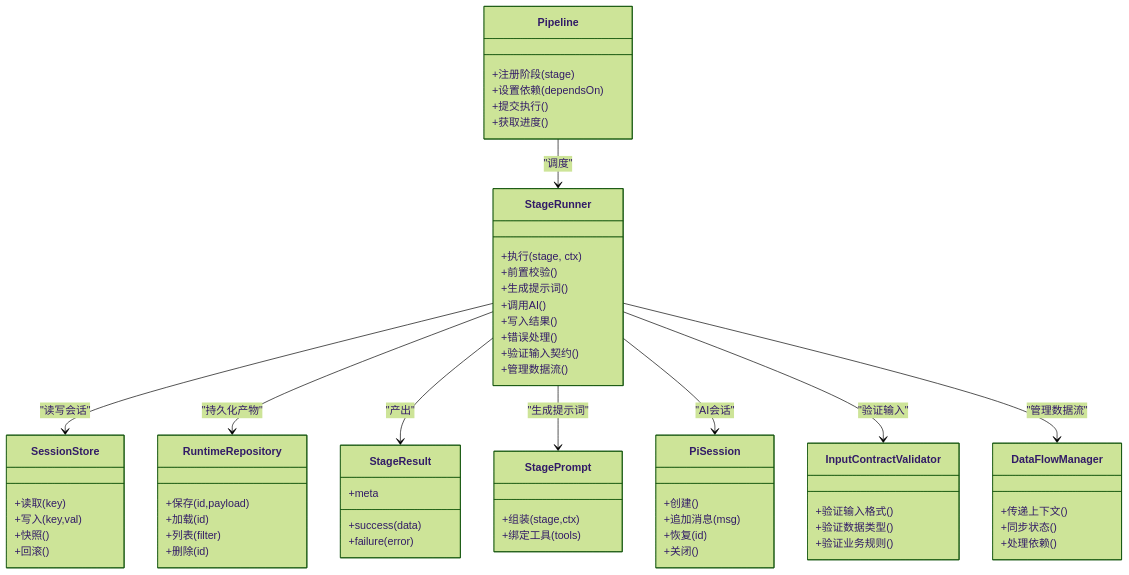
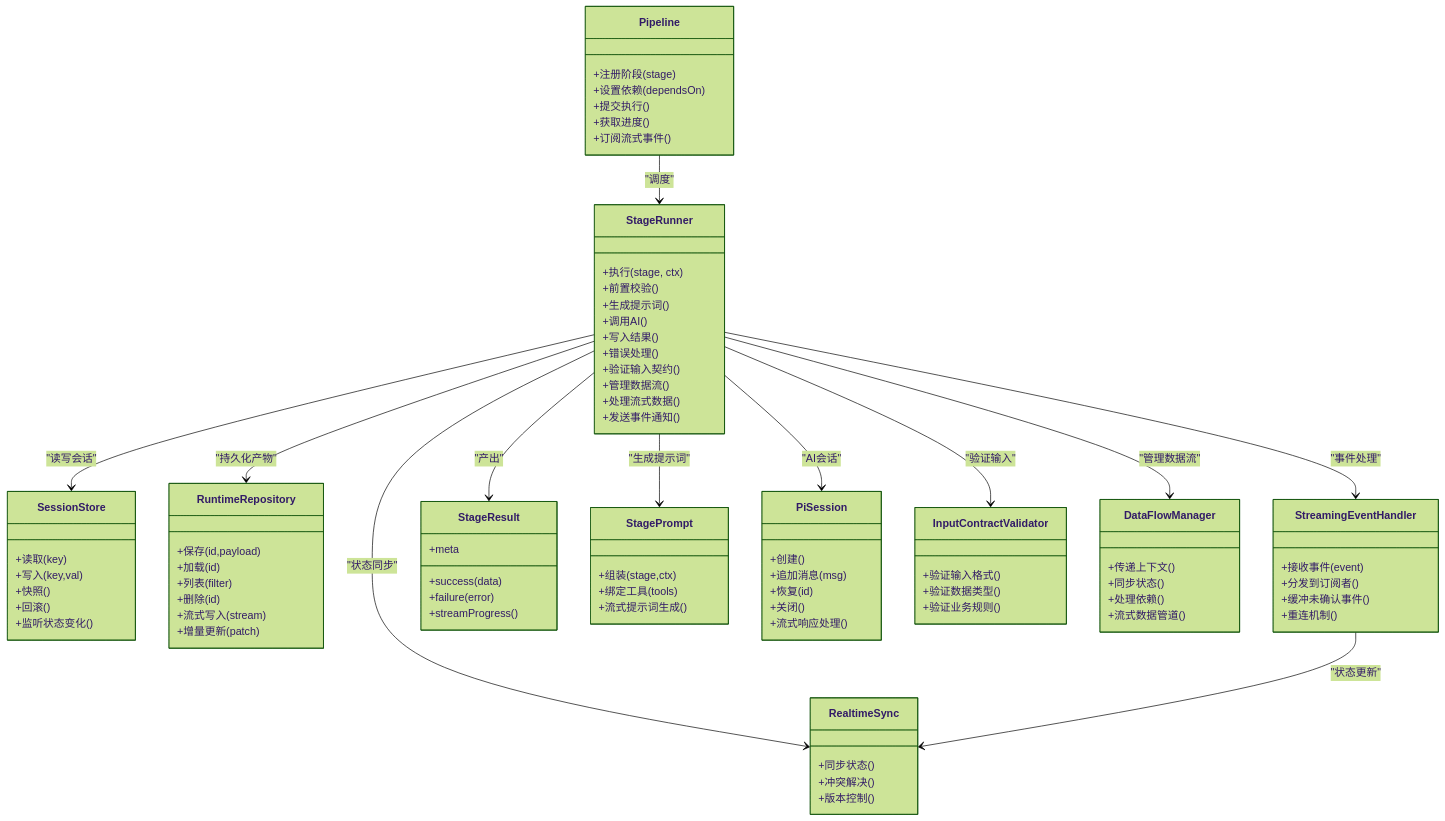
Before and after one commit to AIMFllyYS/code-video-canvas: the second of 5 diagrams in .qoder/repowiki/zh/content/架构设计/核心模块设计/导演系统设计/导演系统设计.md, drawn with Mermaid (forest theme). The commit also changed other lines of this file and 47 other files, not shown here.

````diff
--- a/.qoder/repowiki/zh/content/架构设计/核心模块设计/导演系统设计/导演系统设计.md
+++ b/.qoder/repowiki/zh/content/架构设计/核心模块设计/导演系统设计/导演系统设计.md
@@ -146,6 +156,7 @@
 +设置依赖(dependsOn)
 +提交执行()
 +获取进度()
++订阅流式事件()
 }
 class StageRunner {
 +执行(stage, ctx)
@@ -156,33 +167,52 @@
 +错误处理()
 +验证输入契约()
 +管理数据流()
++处理流式数据()
++发送事件通知()
 }
 class SessionStore {
 +读取(key)
 +写入(key,val)
 +快照()
 +回滚()
++监听状态变化()
 }
 class RuntimeRepository {
 +保存(id,payload)
 +加载(id)
 +列表(filter)
 +删除(id)
++流式写入(stream)
++增量更新(patch)
+}
+class StreamingEventHandler {
++接收事件(event)
++分发到订阅者()
++缓冲未确认事件()
++重连机制()
+}
+class RealtimeSync {
++同步状态()
++冲突解决()
++版本控制()
 }
 class StageResult {
 +success(data)
 +failure(error)
 +meta
++streamProgress()
 }
 class StagePrompt {
 +组装(stage,ctx)
 +绑定工具(tools)
++流式提示词生成()
 }
 class PiSession {
 +创建()
 +追加消息(msg)
 +恢复(id)
 +关闭()
++流式响应处理()
 }
 class InputContractValidator {
 +验证输入格式()
@@ -193,6 +223,7 @@
 +传递上下文()
 +同步状态()
 +处理依赖()
++流式数据管道()
 }
 Pipeline --> StageRunner : "调度"
 StageRunner --> SessionStore : "读写会话"
@@ -200,6 +231,9 @@
 StageRunner --> StageResult : "产出"
 StageRunner --> StagePrompt : "生成提示词"
 StageRunner --> PiSession : "AI会话"
+StageRunner --> StreamingEventHandler : "事件处理"
+StageRunner --> RealtimeSync : "状态同步"
 StageRunner --> InputContractValidator : "验证输入"
 StageRunner --> DataFlowManager : "管理数据流"
+StreamingEventHandler --> RealtimeSync : "状态更新"
 ```
````
